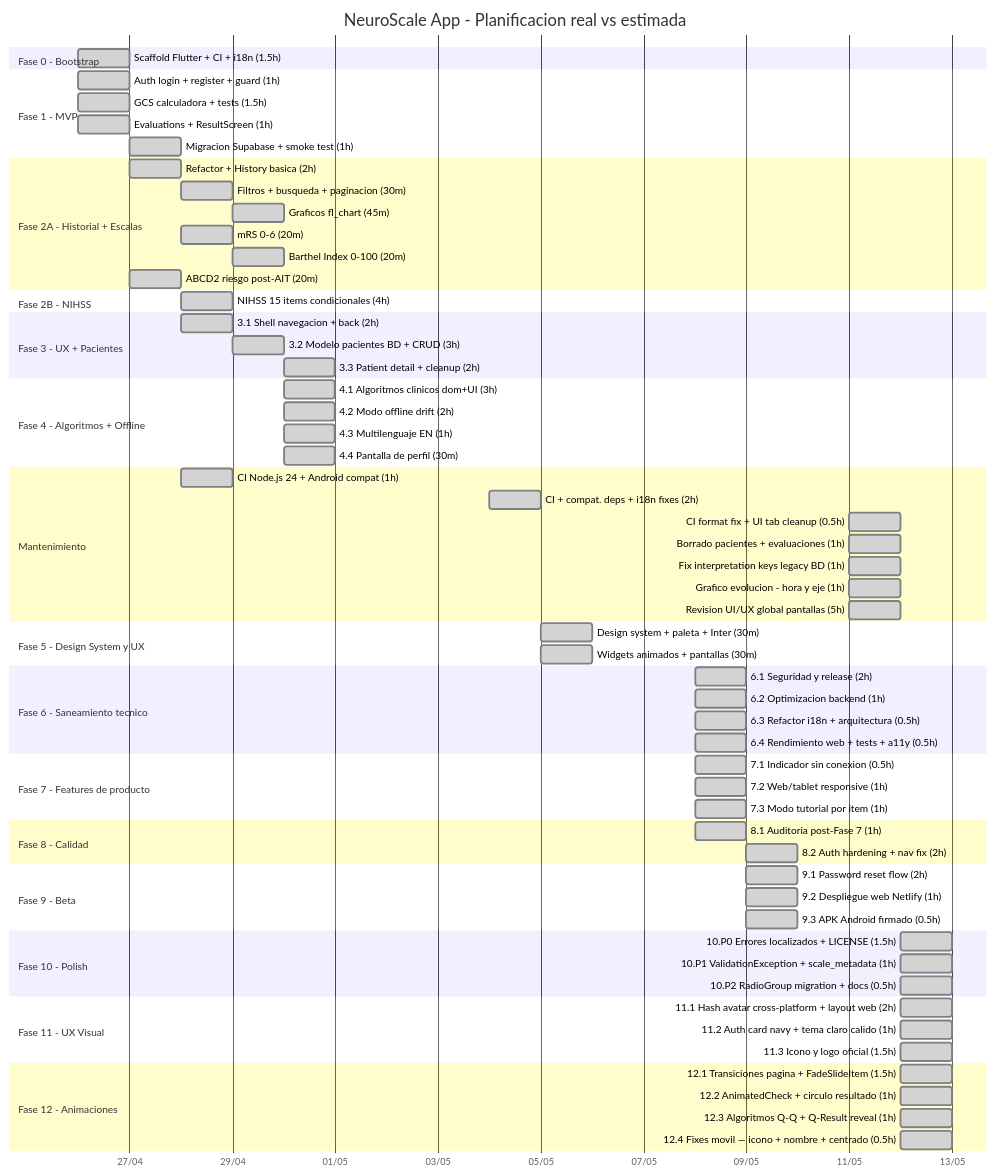
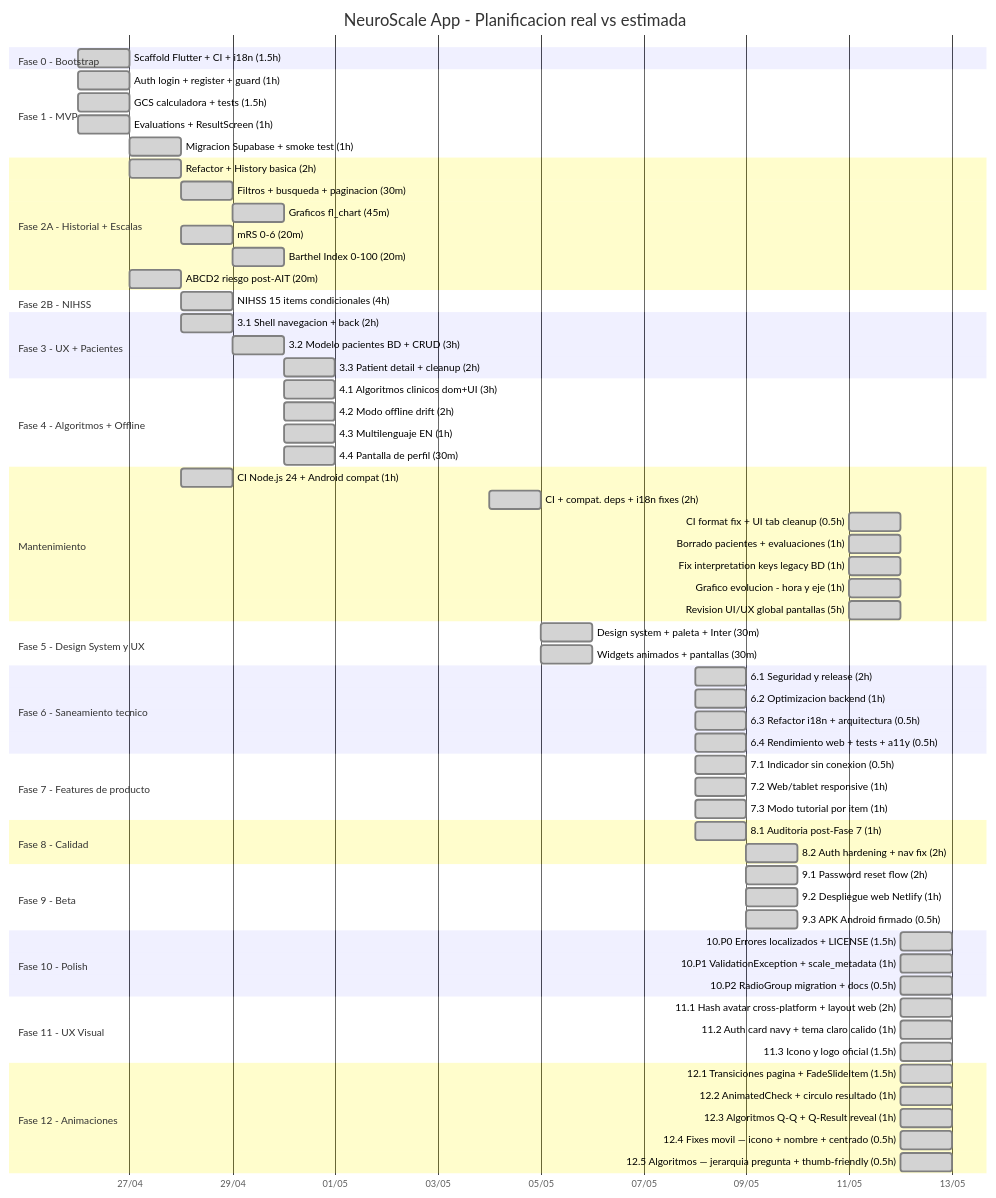
Before and after one commit to grisllo/NeuroScaleApp: the diagram in README.md, drawn with Mermaid. The commit also changed other lines of this file and 1 other file, not shown here.

Commit message:
docs(gantt): Fase 12 completa — algoritmos UX + fixes movil, ~81h

````diff
--- a/README.md
+++ b/README.md
@@ -129,4 +129,5 @@
     12.2 AnimatedCheck + circulo resultado (1h) :done, f12b, 2026-05-12, 1d
     12.3 Algoritmos Q-Q + Q-Result reveal (1h) :done, f12c, 2026-05-12, 1d
     12.4 Fixes movil — icono + nombre + centrado (0.5h) :done, f12d, 2026-05-12, 1d
+    12.5 Algoritmos — jerarquia pregunta + thumb-friendly (0.5h) :done, f12e, 2026-05-12, 1d
 ```
````
